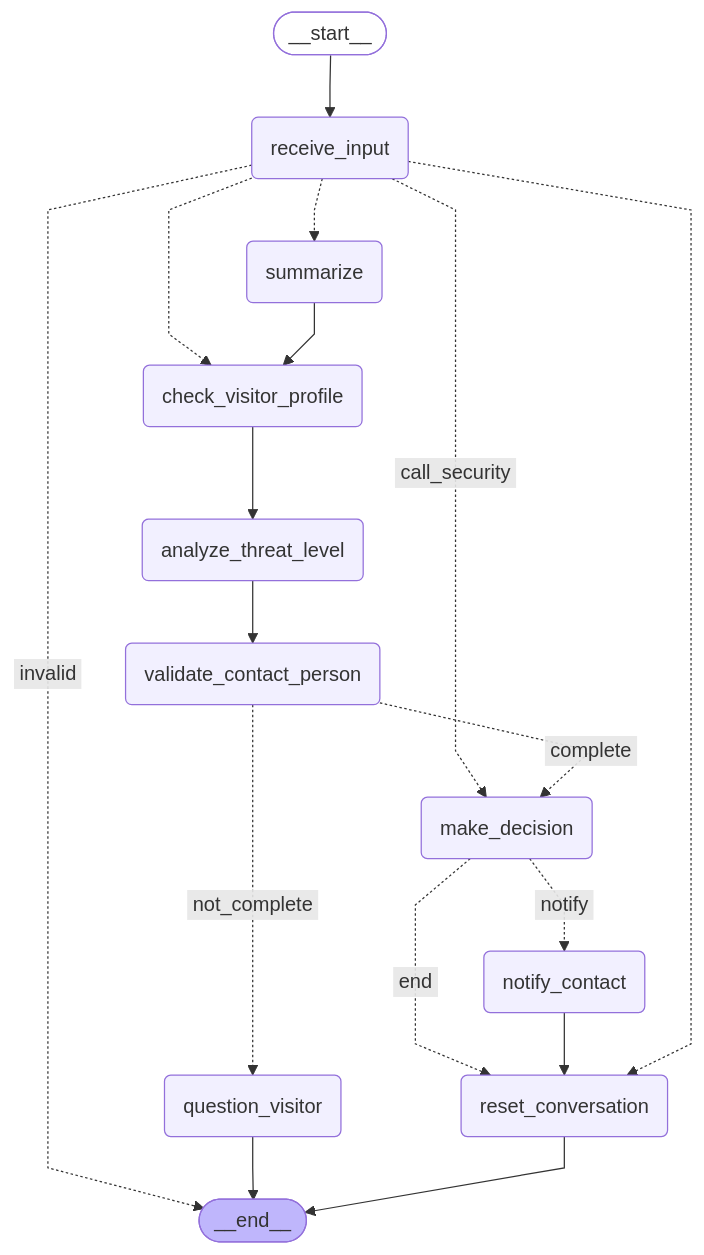
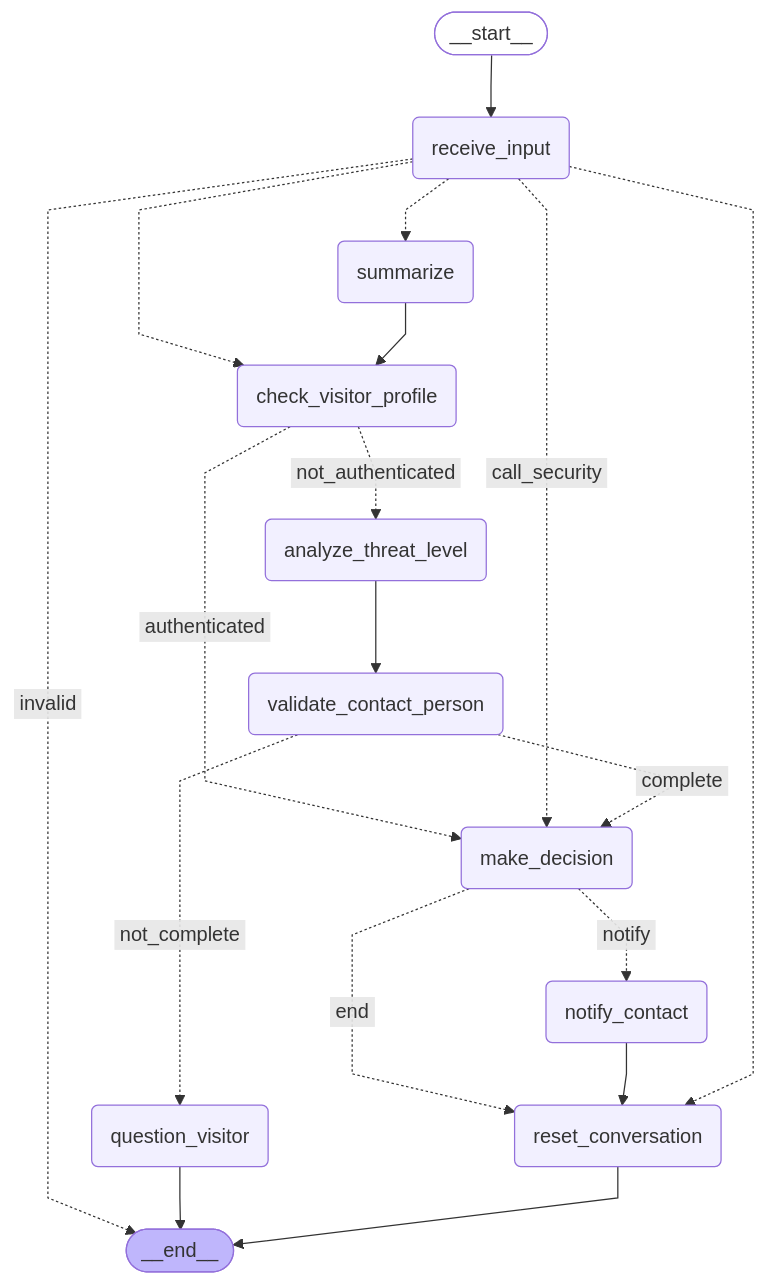
The diagram in text_agent/security_gate_diagram.mmd (01HakanGunes/gatekeeper), drawn with Mermaid before and after one commit. The commit also changed 12 other files, not shown here.

```diff
--- a/text_agent/security_gate_diagram.mmd
+++ b/text_agent/security_gate_diagram.mmd
@@ -1,36 +1,37 @@
 ---
 config:
   flowchart:
     curve: linear
 ---
 graph TD;
 	__start__([<p>__start__</p>]):::first
 	receive_input(receive_input)
 	summarize(summarize)
 	reset_conversation(reset_conversation)
 	check_visitor_profile(check_visitor_profile)
 	analyze_threat_level(analyze_threat_level)
 	validate_contact_person(validate_contact_person)
 	question_visitor(question_visitor)
 	make_decision(make_decision)
 	notify_contact(notify_contact)
 	__end__([<p>__end__</p>]):::last
 	__start__ --> receive_input;
 	analyze_threat_level --> validate_contact_person;
-	check_visitor_profile --> analyze_threat_level;
+	check_visitor_profile -. &nbsp;not_authenticated&nbsp; .-> analyze_threat_level;
+	check_visitor_profile -. &nbsp;authenticated&nbsp; .-> make_decision;
 	make_decision -. &nbsp;notify&nbsp; .-> notify_contact;
 	make_decision -. &nbsp;end&nbsp; .-> reset_conversation;
 	notify_contact --> reset_conversation;
 	receive_input -. &nbsp;invalid&nbsp; .-> __end__;
 	receive_input -.-> check_visitor_profile;
 	receive_input -. &nbsp;call_security&nbsp; .-> make_decision;
 	receive_input -.-> reset_conversation;
 	receive_input -.-> summarize;
 	summarize --> check_visitor_profile;
 	validate_contact_person -. &nbsp;complete&nbsp; .-> make_decision;
 	validate_contact_person -. &nbsp;not_complete&nbsp; .-> question_visitor;
 	question_visitor --> __end__;
 	reset_conversation --> __end__;
 	classDef default fill:#f2f0ff,line-height:1.2
 	classDef first fill-opacity:0
 	classDef last fill:#bfb6fc
```
